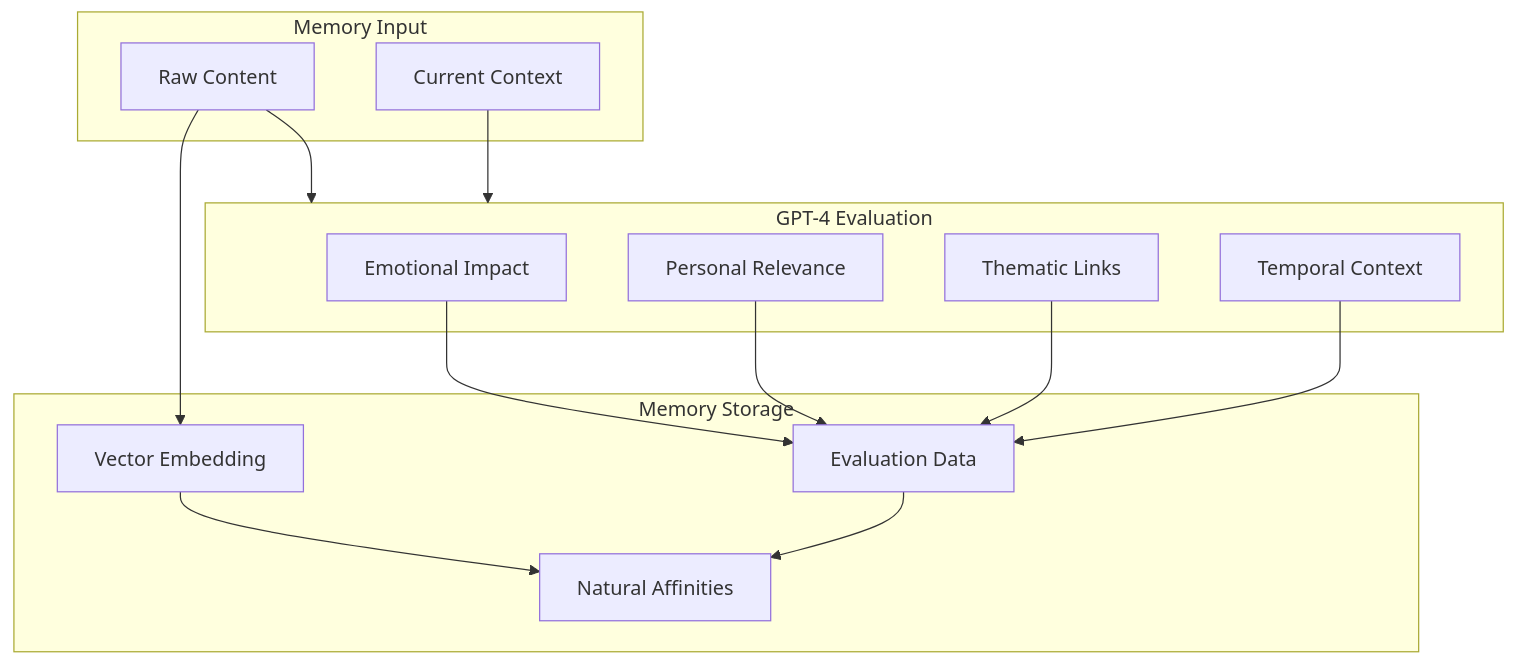
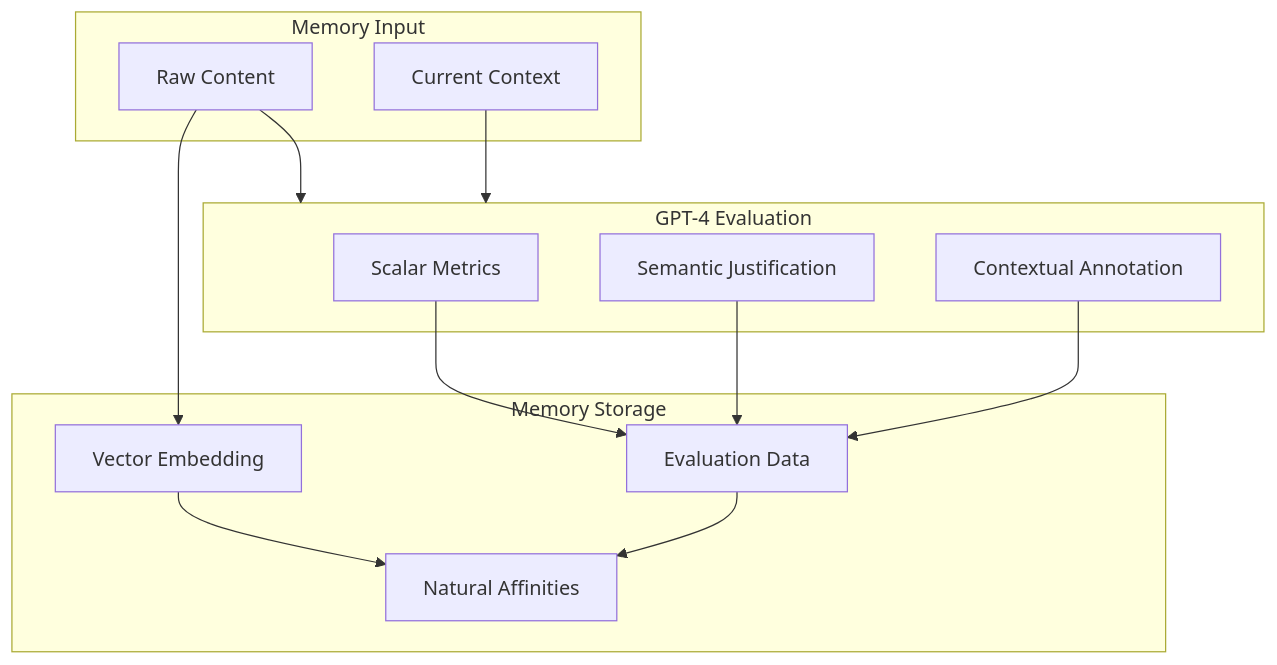
The first of 2 diagrams in docs/theory/memory-models.md (lanethefox/ProjectEUMAS), drawn with Mermaid before and after one commit. The commit also changed other lines of this file and 1 other file, not shown here.

Commit message:
Updated memory models and Supabase schema to include metric-based evaluations

````diff
--- a/docs/theory/memory-models.md
+++ b/docs/theory/memory-models.md
@@ -8,32 +8,30 @@
 ```mermaid
 graph TD
     subgraph Input[Memory Input]
         Content[Raw Content]
         Context[Current Context]
     end
 
     subgraph Evaluation[GPT-4 Evaluation]
-        Emotional[Emotional Impact]
-        Relevance[Personal Relevance]
-        Themes[Thematic Links]
-        Temporal[Temporal Context]
+        Metrics[Scalar Metrics]
+        Semantic[Semantic Justification]
+        Annotation[Contextual Annotation]
     end
 
     subgraph Storage[Memory Storage]
         Embedding[Vector Embedding]
         EvalData[Evaluation Data]
         Affinities[Natural Affinities]
     end
 
     Content --> Embedding
     Content --> Evaluation
     Context --> Evaluation
     
-    Emotional --> EvalData
-    Relevance --> EvalData
-    Themes --> EvalData
-    Temporal --> EvalData
+    Metrics --> EvalData
+    Semantic --> EvalData
+    Annotation --> EvalData
     
     EvalData --> Affinities
     Embedding --> Affinities
 ```
````
